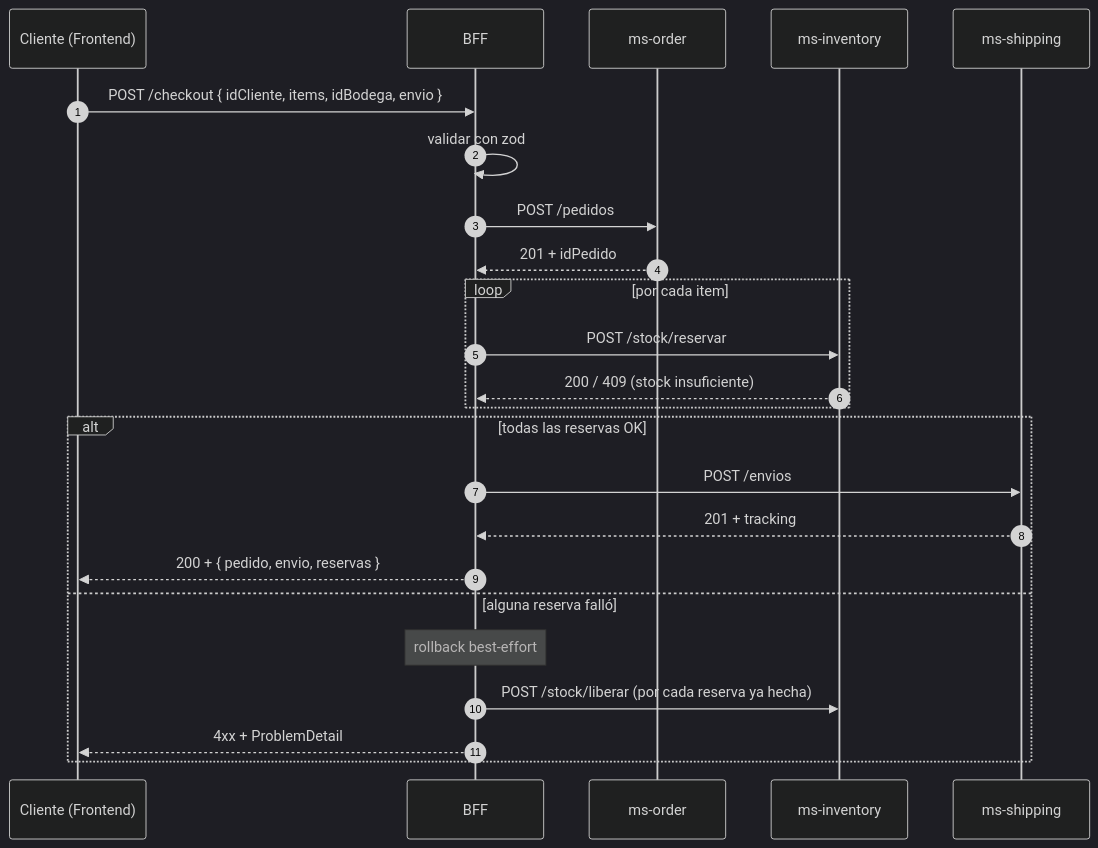
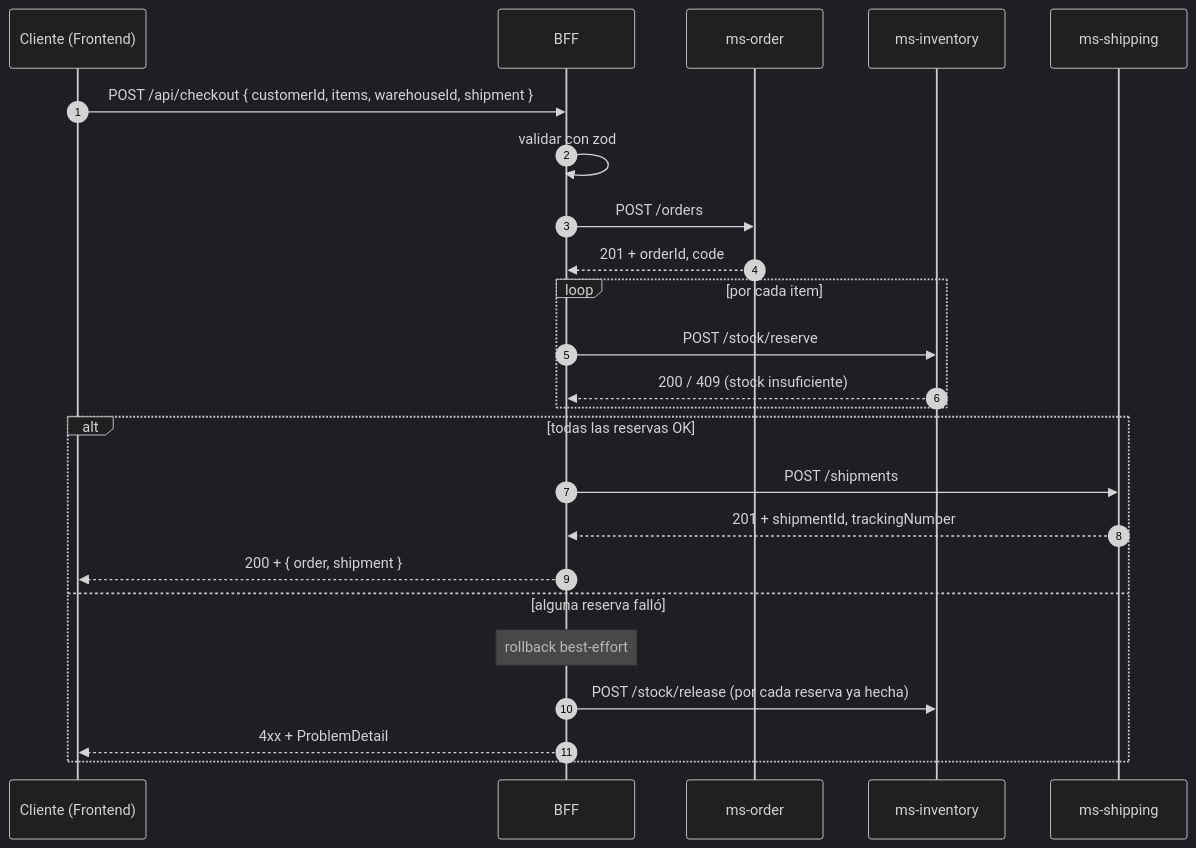
Before and after one commit to smartLogixfs/smartlogixs: the fourth of 8 diagrams in README.md, drawn with Mermaid (dark theme). The commit also changed other lines of this file and 8 other files, not shown here.

````diff
--- a/README.md
+++ b/README.md
@@ -192,29 +220,29 @@
 ```mermaid
 sequenceDiagram
     autonumber
     participant C as Cliente (Frontend)
     participant B as BFF
-    participant P as ms-order
+    participant O as ms-order
     participant I as ms-inventory
-    participant E as ms-shipping
+    participant S as ms-shipping
 
-    C->>B: POST /checkout { idCliente, items, idBodega, envio }
+    C->>B: POST /api/checkout { customerId, items, warehouseId, shipment }
     B->>B: validar con zod
-    B->>P: POST /pedidos
-    P-->>B: 201 + idPedido
+    B->>O: POST /orders
+    O-->>B: 201 + orderId, code
 
     loop por cada item
-        B->>I: POST /stock/reservar
+        B->>I: POST /stock/reserve
         I-->>B: 200 / 409 (stock insuficiente)
     end
 
     alt todas las reservas OK
-        B->>E: POST /envios
-        E-->>B: 201 + tracking
-        B-->>C: 200 + { pedido, envio, reservas }
+        B->>S: POST /shipments
+        S-->>B: 201 + shipmentId, trackingNumber
+        B-->>C: 200 + { order, shipment }
     else alguna reserva falló
         Note over B: rollback best-effort
-        B->>I: POST /stock/liberar (por cada reserva ya hecha)
+        B->>I: POST /stock/release (por cada reserva ya hecha)
         B-->>C: 4xx + ProblemDetail
     end
 ```
````
